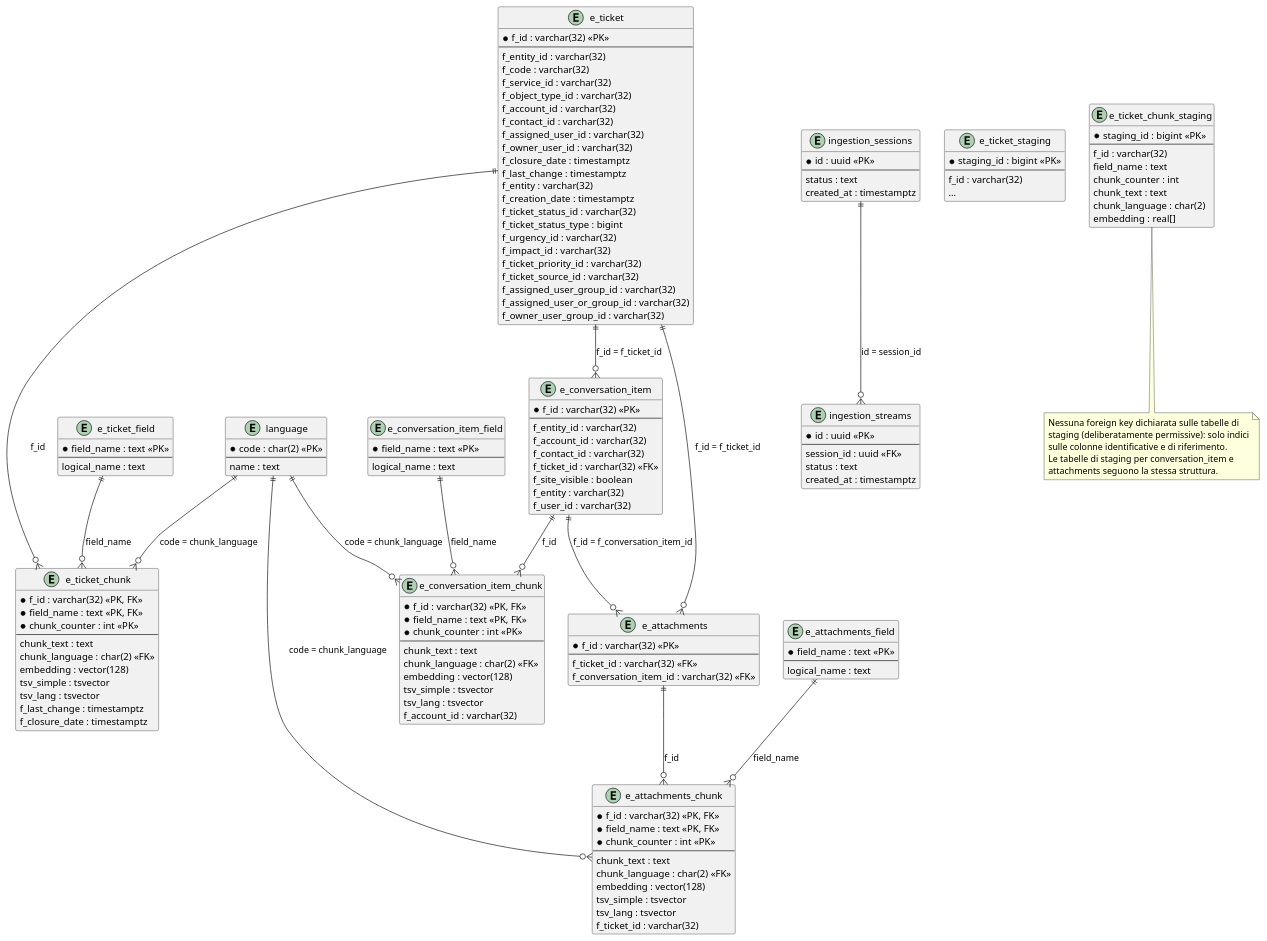
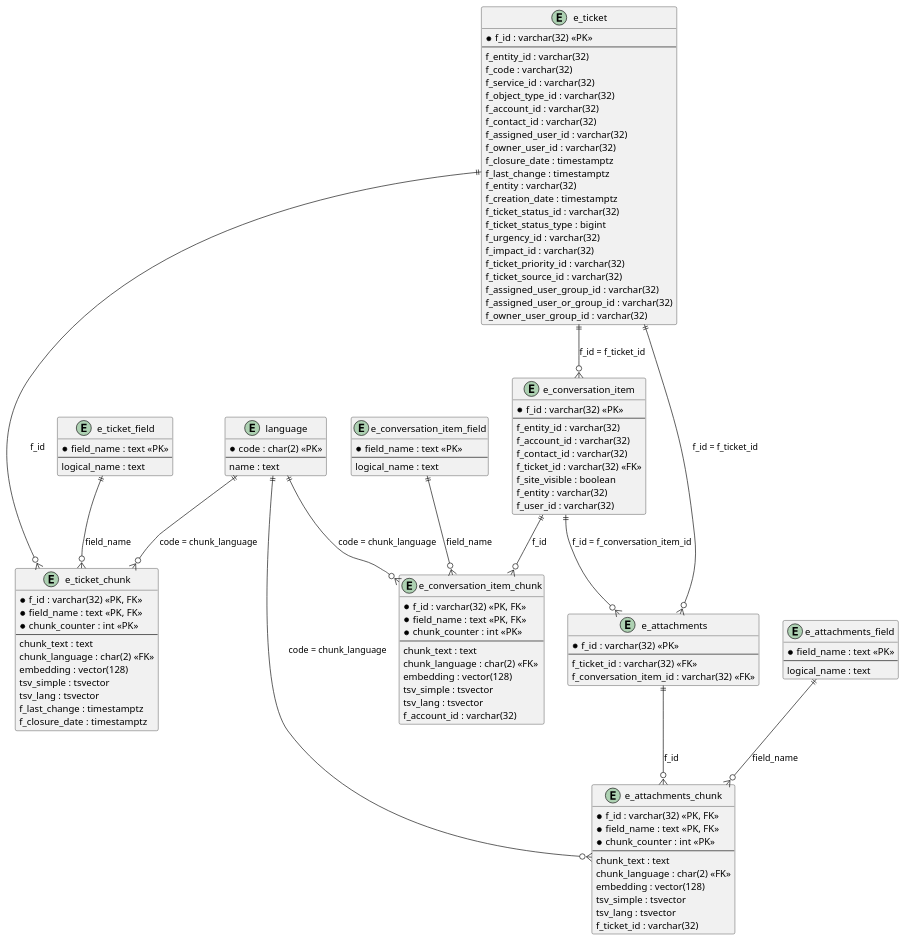
Before and after one commit to genos36/tesiTriennale: the diagram in images/puml/er.puml, drawn with PlantUML. The commit also changed 12 other files, not shown here.

```diff
--- a/images/puml/er.puml
+++ b/images/puml/er.puml
@@ -1,193 +1,150 @@
 @startuml schema_er_progetto
 
 ' title Schema entità-relazione concreto del progetto (dominio service desk HDA)
 
 entity "language" as language {
   * code : char(2) <<PK>>
   --
   name : text
 }
 
 ' ============================
 ' TICKET
 ' ============================
 entity "e_ticket" as e_ticket {
   * f_id : varchar(32) <<PK>>
   --
   f_entity_id : varchar(32)
   f_code : varchar(32)
   f_service_id : varchar(32)
   f_object_type_id : varchar(32)
   f_account_id : varchar(32)
   f_contact_id : varchar(32)
   f_assigned_user_id : varchar(32)
   f_owner_user_id : varchar(32)
   f_closure_date : timestamptz
   f_last_change : timestamptz
   f_entity : varchar(32)
   f_creation_date : timestamptz
   f_ticket_status_id : varchar(32)
   f_ticket_status_type : bigint
   f_urgency_id : varchar(32)
   f_impact_id : varchar(32)
   f_ticket_priority_id : varchar(32)
   f_ticket_source_id : varchar(32)
   f_assigned_user_group_id : varchar(32)
   f_assigned_user_or_group_id : varchar(32)
   f_owner_user_group_id : varchar(32)
 }
 
 entity "e_ticket_field" as e_ticket_field {
   * field_name : text <<PK>>
   --
   ' f_problem, f_solution, f_subject
   logical_name : text
 }
 
 entity "e_ticket_chunk" as e_ticket_chunk {
   * f_id : varchar(32) <<PK, FK>>
   * field_name : text <<PK, FK>>
   * chunk_counter : int <<PK>>
   --
   chunk_text : text
   chunk_language : char(2) <<FK>>
   embedding : vector(128)
   tsv_simple : tsvector
   tsv_lang : tsvector
   ' campi filterable denormalizzati
   f_last_change : timestamptz
   f_closure_date : timestamptz
 }
 
 e_ticket ||--o{ e_ticket_chunk : "f_id"
 e_ticket_field ||--o{ e_ticket_chunk : "field_name"
 language ||--o{ e_ticket_chunk : "code = chunk_language"
 
 ' ============================
 ' CONVERSATION_ITEM
 ' ============================
 entity "e_conversation_item" as e_conversation_item {
   * f_id : varchar(32) <<PK>>
   --
   f_entity_id : varchar(32)
   f_account_id : varchar(32)
   f_contact_id : varchar(32)
   f_ticket_id : varchar(32) <<FK>>
   f_site_visible : boolean
   f_entity : varchar(32)
   f_user_id : varchar(32)
 }
 
 entity "e_conversation_item_field" as e_conversation_item_field {
   * field_name : text <<PK>>
   --
   ' f_message
   logical_name : text
 }
 
 entity "e_conversation_item_chunk" as e_conversation_item_chunk {
   * f_id : varchar(32) <<PK, FK>>
   * field_name : text <<PK, FK>>
   * chunk_counter : int <<PK>>
   --
   chunk_text : text
   chunk_language : char(2) <<FK>>
   embedding : vector(128)
   tsv_simple : tsvector
   tsv_lang : tsvector
   ' campo filterable denormalizzato
   f_account_id : varchar(32)
 }
 
 e_conversation_item ||--o{ e_conversation_item_chunk : "f_id"
 e_conversation_item_field ||--o{ e_conversation_item_chunk : "field_name"
 language ||--o{ e_conversation_item_chunk : "code = chunk_language"
 e_ticket ||--o{ e_conversation_item : "f_id = f_ticket_id"
 
 ' ============================
 ' ATTACHMENTS
 ' ============================
 entity "e_attachments" as e_attachments {
   * f_id : varchar(32) <<PK>>
   --
   f_ticket_id : varchar(32) <<FK>>
   f_conversation_item_id : varchar(32) <<FK>>
 }
 
 entity "e_attachments_field" as e_attachments_field {
   * field_name : text <<PK>>
   --
   ' f_content
   logical_name : text
 }
 
 entity "e_attachments_chunk" as e_attachments_chunk {
   * f_id : varchar(32) <<PK, FK>>
   * field_name : text <<PK, FK>>
   * chunk_counter : int <<PK>>
   --
   chunk_text : text
   chunk_language : char(2) <<FK>>
   embedding : vector(128)
   tsv_simple : tsvector
   tsv_lang : tsvector
   ' campo filterable denormalizzato
   f_ticket_id : varchar(32)
 }
 
 e_attachments ||--o{ e_attachments_chunk : "f_id"
 e_attachments_field ||--o{ e_attachments_chunk : "field_name"
 language ||--o{ e_attachments_chunk : "code = chunk_language"
 e_ticket ||--o{ e_attachments : "f_id = f_ticket_id"
 e_conversation_item ||--o{ e_attachments : "f_id = f_conversation_item_id"
 
 ' ============================
 ' INGESTION TRACKING
 ' ============================
-entity "ingestion_sessions" as ingestion_sessions {
-  * id : uuid <<PK>>
-  --
-  status : text
-  created_at : timestamptz
-}
 
-entity "ingestion_streams" as ingestion_streams {
-  * id : uuid <<PK>>
-  --
-  session_id : uuid <<FK>>
-  status : text
-  created_at : timestamptz
-}
 
-ingestion_sessions ||--o{ ingestion_streams : "id = session_id"
-
-' ============================
-' STAGING AREA (rappresentativa, mostrata per ticket)
-' ============================
-entity "e_ticket_staging" as e_ticket_staging {
-  * staging_id : bigint <<PK>>
-  --
-  f_id : varchar(32)
-  ...
-}
-
-entity "e_ticket_chunk_staging" as e_ticket_chunk_staging {
-  * staging_id : bigint <<PK>>
-  --
-  f_id : varchar(32)
-  field_name : text
-  chunk_counter : int
-  chunk_text : text
-  chunk_language : char(2)
-  embedding : real[]
-}
-
-note bottom of e_ticket_chunk_staging
-  Nessuna foreign key dichiarata sulle tabelle di
-  staging (deliberatamente permissive): solo indici
-  sulle colonne identificative e di riferimento.
-  Le tabelle di staging per conversation_item e
-  attachments seguono la stessa struttura.
-end note
 
 @enduml
```
